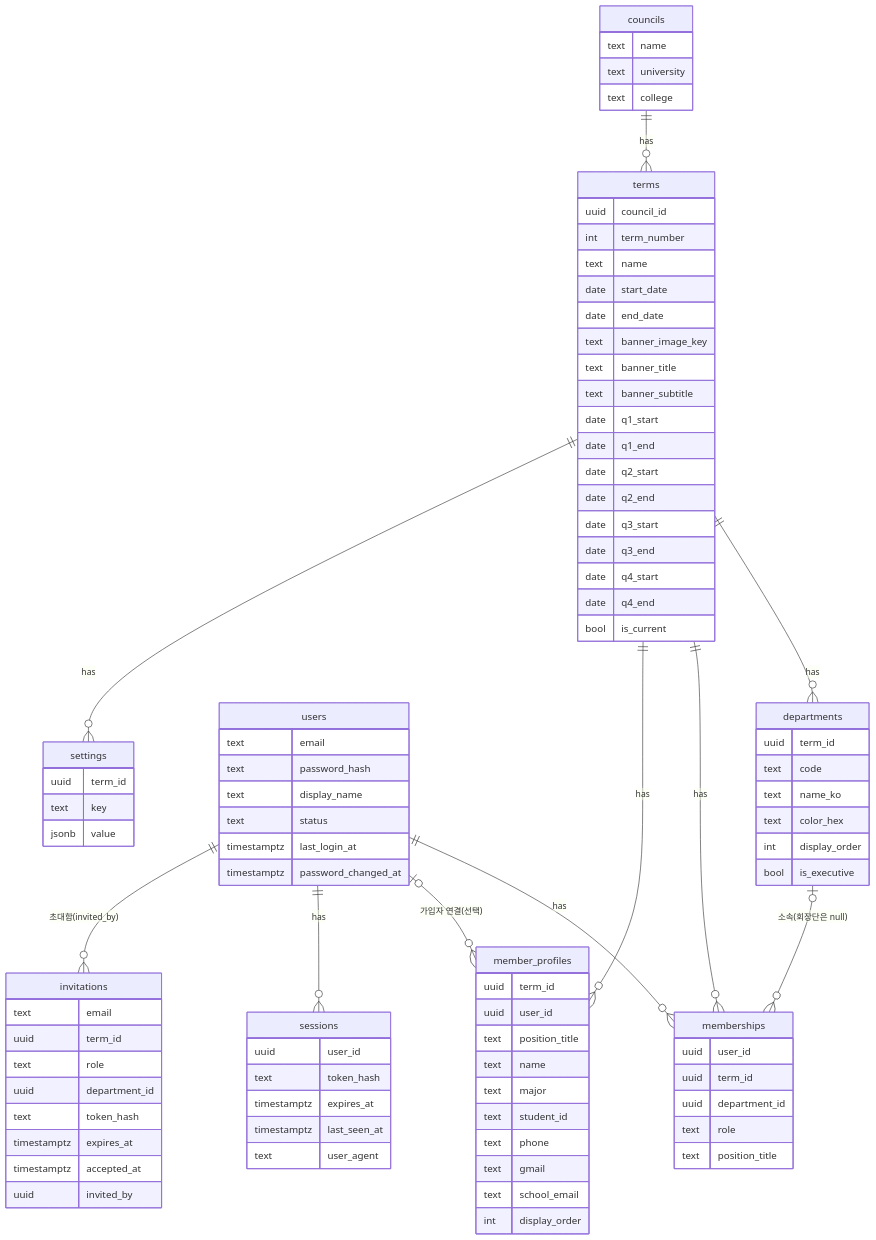
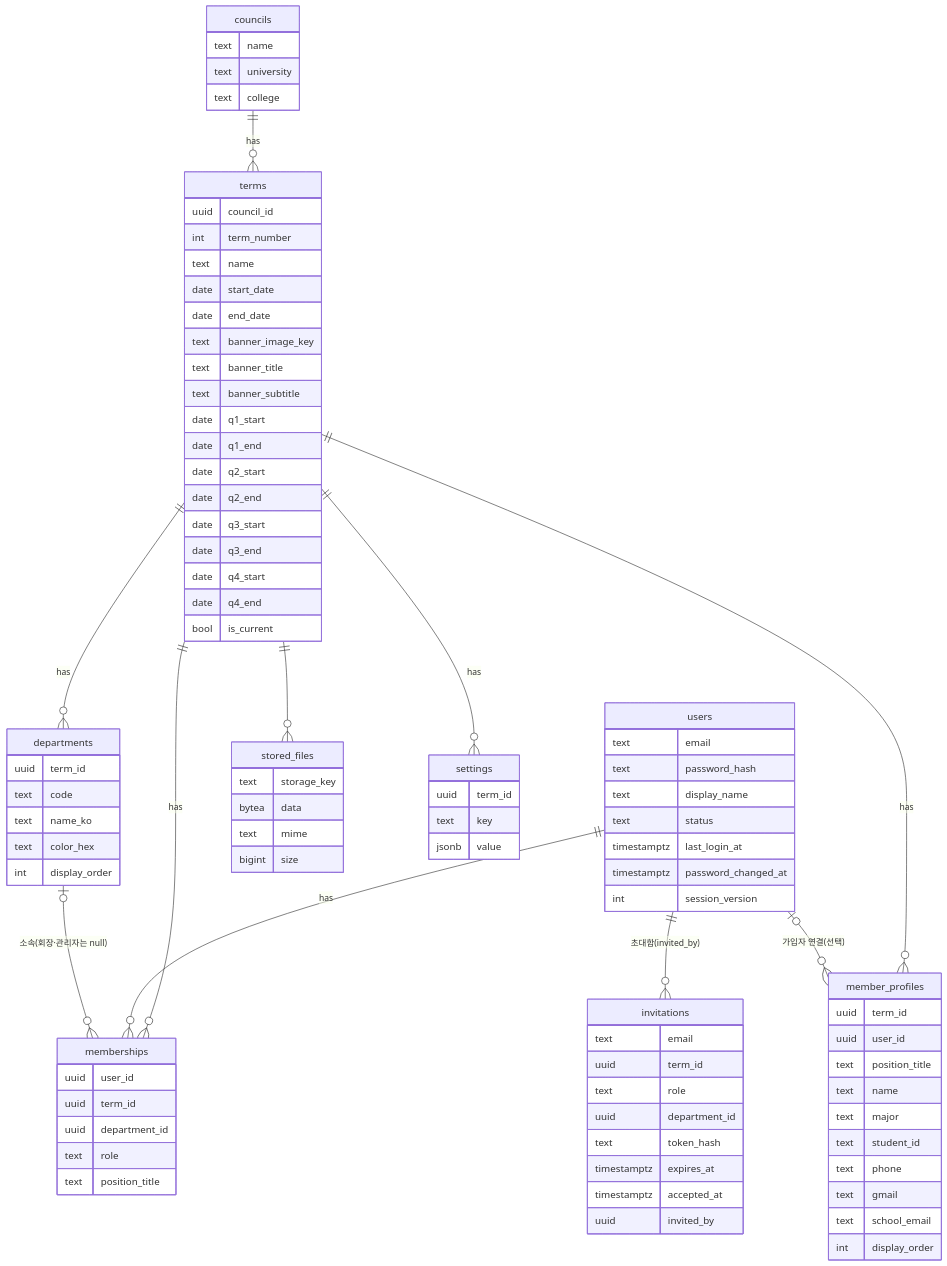
The first of 6 diagrams in docs/DATA_MODEL.md (HongJunSeong145/business-agent-lab), drawn with Mermaid before and after one commit. The commit also changed other lines of this file and 2 other files, not shown here.

Commit message:
docs: apply Phase 0 decisions (Auth.js, no executive dept, roles, deploy)
Claude-Session: https://claude.ai/code/session_01Adga7zpyvdqaCbupvLSdqc

````diff
--- a/docs/DATA_MODEL.md
+++ b/docs/DATA_MODEL.md
@@ -29,23 +29,23 @@
 ```mermaid
 erDiagram
   councils ||--o{ terms : has
   terms ||--o{ departments : has
   terms ||--o{ memberships : has
   users ||--o{ memberships : has
-  departments |o--o{ memberships : "소속(회장단은 null)"
+  departments |o--o{ memberships : "소속(회장·관리자는 null)"
   terms ||--o{ member_profiles : has
   users |o--o{ member_profiles : "가입자 연결(선택)"
-  users ||--o{ sessions : has
+  terms ||--o{ stored_files : ""
   users ||--o{ invitations : "초대함(invited_by)"
   terms ||--o{ settings : has
 
   councils { text name text university text college }
   terms { uuid council_id int term_number text name date start_date date end_date text banner_image_key text banner_title text banner_subtitle date q1_start date q1_end date q2_start date q2_end date q3_start date q3_end date q4_start date q4_end bool is_current }
-  departments { uuid term_id text code text name_ko text color_hex int display_order bool is_executive }
-  users { text email text password_hash text display_name text status timestamptz last_login_at timestamptz password_changed_at }
+  departments { uuid term_id text code text name_ko text color_hex int display_order }
+  users { text email text password_hash text display_name text status timestamptz last_login_at timestamptz password_changed_at int session_version }
   memberships { uuid user_id uuid term_id uuid department_id text role text position_title }
   member_profiles { uuid term_id uuid user_id text position_title text name text major text student_id text phone text gmail text school_email int display_order }
-  sessions { uuid user_id text token_hash timestamptz expires_at timestamptz last_seen_at text user_agent }
+  stored_files { text storage_key bytea data text mime bigint size }
   invitations { text email uuid term_id text role uuid department_id text token_hash timestamptz expires_at timestamptz accepted_at uuid invited_by }
   settings { uuid term_id text key jsonb value }
 ```
````
